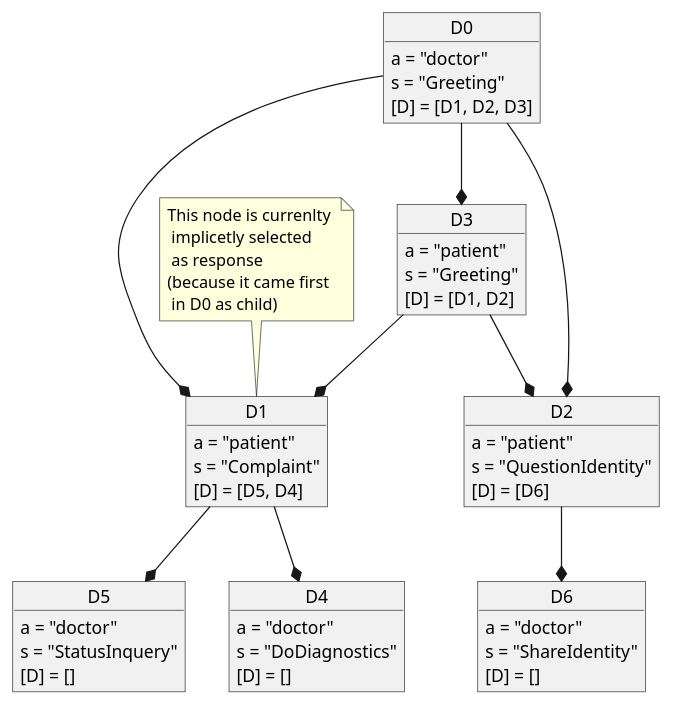
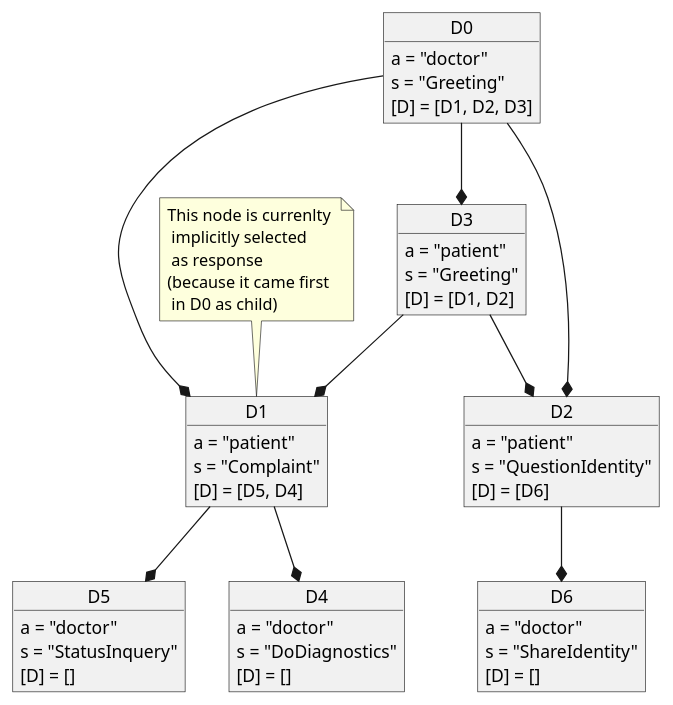
One commit to jappeace/methods-homework changed the seventh of 11 diagrams in thesis/thesis.org. Above: the diagram before and after it, drawn with PlantUML. The commit also changed other lines of this file, not shown here.

```diff
--- a/thesis/thesis.org
+++ b/thesis/thesis.org
@@ -1735,48 +1855,48 @@
 #+BEGIN_SRC plantuml :cache yes :file img/uml/dialoguetree.png :exports results
 object D0{
 a = "doctor"
 s = "Greeting"
 [D] = [D1, D2, D3]
 }
 object D1 {
 a = "patient"
 s = "Complaint"
 [D] = [D5, D4]
 }
 object D2 {
 a = "patient"
 s = "QuestionIdentity"
 [D] = [D6]
 }
 object D3{
 a = "patient"
 s = "Greeting"
 [D] = [D1, D2]
 }
 object D5{
 a = "doctor"
 s = "StatusInquery"
 [D] = []
 }
 object D4{
 a = "doctor"
 s = "DoDiagnostics"
 [D] = []
 }
 object D6{
 a = "doctor"
 s = "ShareIdentity"
 [D] = []
 }
 D0 --* D1
 D0 --* D2
 D0 --* D3
 D1 --* D4
 D1 --* D5
 D2 --* D6
 D3 --* D1
 D3 --* D2
 
-note "This node is currenlty \n implicetly selected \n as response \n(because it came first \n in D0 as child)" as response
+note "This node is currenlty \n implicitly selected \n as response \n(because it came first \n in D0 as child)" as response
 response .. D1
 #+END_SRC
```
